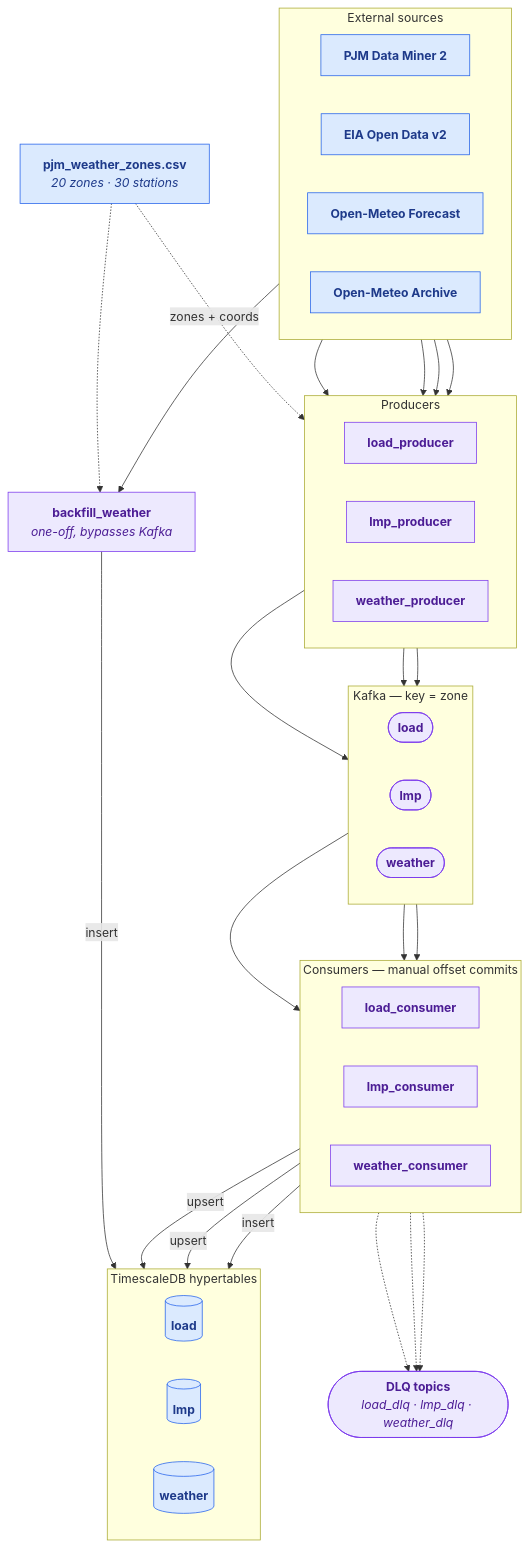
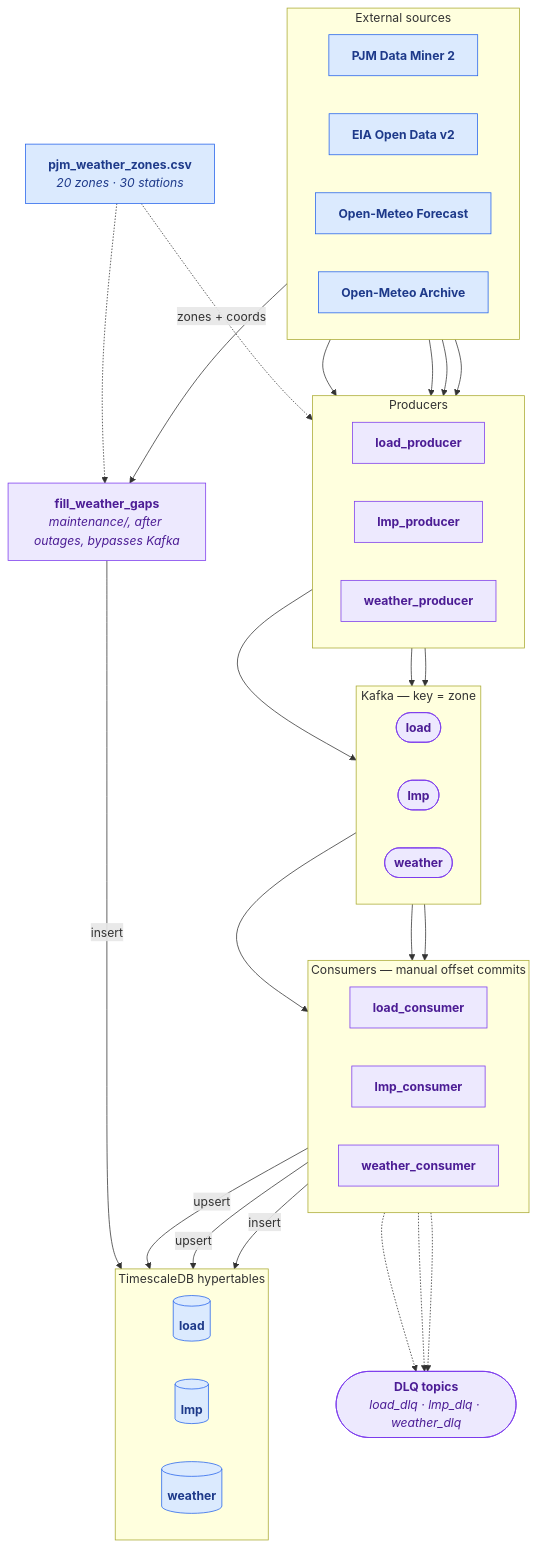
Before and after one commit to angieohaeri/gridcast: the first of 3 diagrams in references/data-flow.md, drawn with Mermaid. The commit also changed other lines of this file and 8 other files, not shown here.

````diff
--- a/references/data-flow.md
+++ b/references/data-flow.md
@@ -16,66 +11,66 @@
 ```mermaid
 flowchart TB
     subgraph SOURCES["External sources"]
         direction LR
         PJM["<b>PJM Data Miner 2</b>"]
         EIA["<b>EIA Open Data v2</b>"]
         OMF["<b>Open-Meteo Forecast</b>"]
         OMH["<b>Open-Meteo Archive</b>"]
     end
 
     subgraph PRODUCERS["Producers"]
         direction LR
         LOADP["<b>load_producer</b>"]
         LMPP["<b>lmp_producer</b>"]
         WXP["<b>weather_producer</b>"]
     end
 
     subgraph KAFKA["Kafka — key = zone"]
         direction LR
         TLOAD(["<b>load</b>"])
         TLMP(["<b>lmp</b>"])
         TWX(["<b>weather</b>"])
     end
 
     subgraph CONSUMERS["Consumers — manual offset commits"]
         direction LR
         LOADC["<b>load_consumer</b>"]
         LMPC["<b>lmp_consumer</b>"]
         WXC["<b>weather_consumer</b>"]
     end
 
     subgraph TSDB["TimescaleDB hypertables"]
         direction LR
         HLOAD[("<b>load</b>")]
         HLMP[("<b>lmp</b>")]
         HWX[("<b>weather</b>")]
     end
 
     ZONES["<b>pjm_weather_zones.csv</b><br/><i>20 zones · 30 stations</i>"]
-    BACKFILL["<b>backfill_weather</b><br/><i>one-off, bypasses Kafka</i>"]
+    BACKFILL["<b>fill_weather_gaps</b><br/><i>maintenance/, after outages, bypasses Kafka</i>"]
     DLQ(["<b>DLQ topics</b><br/><i>load_dlq · lmp_dlq · weather_dlq</i>"])
 
     PJM --> LOADP
     EIA --> LOADP
     PJM --> LMPP
     OMF --> WXP
     OMH --> BACKFILL
 
     ZONES -.->|"zones + coords"| PRODUCERS
     ZONES -.-> BACKFILL
 
     LOADP --> TLOAD --> LOADC -->|"upsert"| HLOAD
     LMPP --> TLMP --> LMPC -->|"upsert"| HLMP
     WXP --> TWX --> WXC -->|"insert"| HWX
     BACKFILL -->|"insert"| HWX
 
     LOADC -.-> DLQ
     LMPC -.-> DLQ
     WXC -.-> DLQ
 
     classDef dataNode fill:#dbeafe,stroke:#2563eb,color:#1e3a8a;
     classDef infraNode fill:#ede9fe,stroke:#7c3aed,color:#4c1d95;
 
     class PJM,EIA,OMF,OMH,ZONES,HLOAD,HLMP,HWX dataNode;
     class LOADP,LMPP,WXP,BACKFILL,TLOAD,TLMP,TWX,DLQ,LOADC,LMPC,WXC infraNode;
 ```
````
